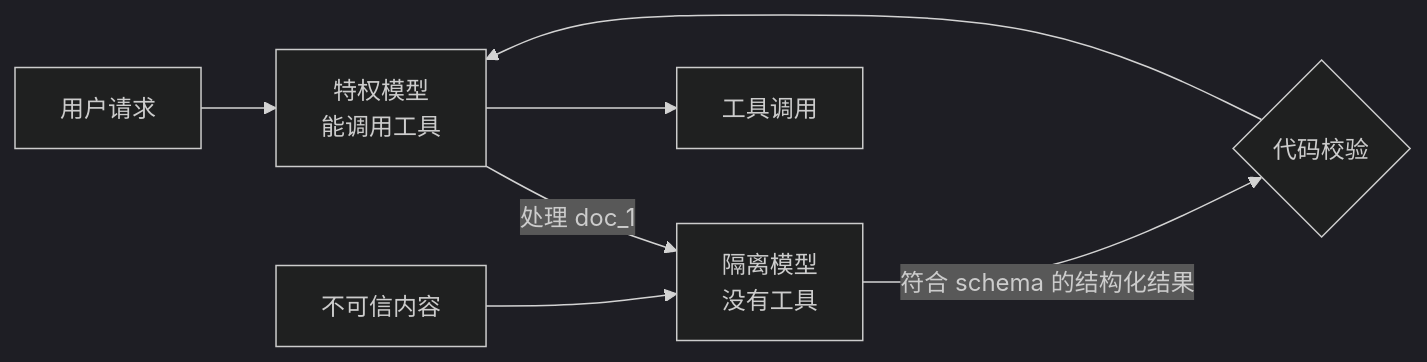
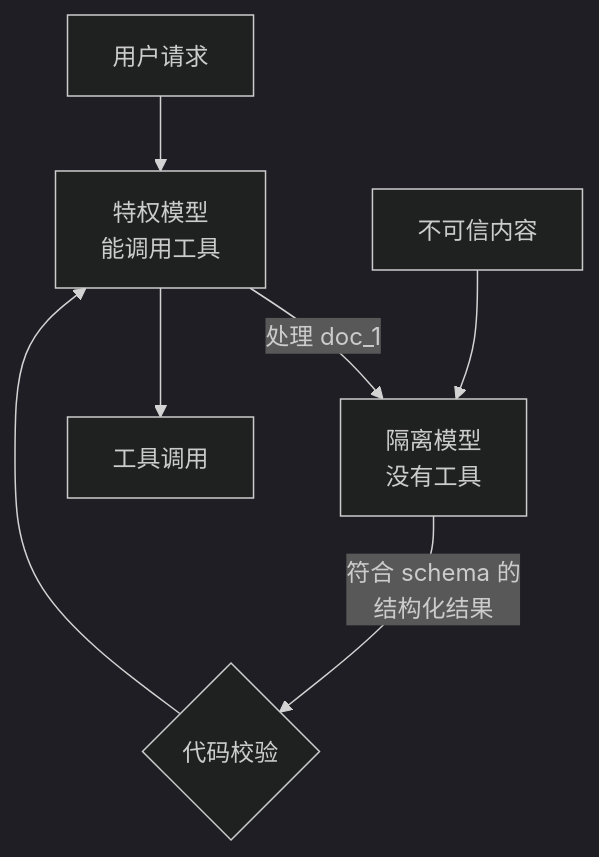
One commit to jarvis-pro/hatch-shelf changed the second of 2 diagrams in books/agent-safety/02-prompt-injection.md. Above: the diagram before and after it, drawn with Mermaid (dark theme). The commit also changed other lines of this file and 432 other files, not shown here.

````diff
--- a/books/agent-safety/02-prompt-injection.md
+++ b/books/agent-safety/02-prompt-injection.md
@@ -250,9 +250,9 @@
 ```mermaid
-flowchart LR
+flowchart TD
   U["用户请求"] --> P["特权模型<br/>能调用工具"]
   P -->|"处理 doc_1"| Q["隔离模型<br/>没有工具"]
   W["不可信内容"] --> Q
-  Q -->|"符合 schema 的结构化结果"| V{"代码校验"}
+  Q -->|"符合 schema 的<br/>结构化结果"| V{"代码校验"}
   V --> P
   P --> T["工具调用"]
 ```
````
